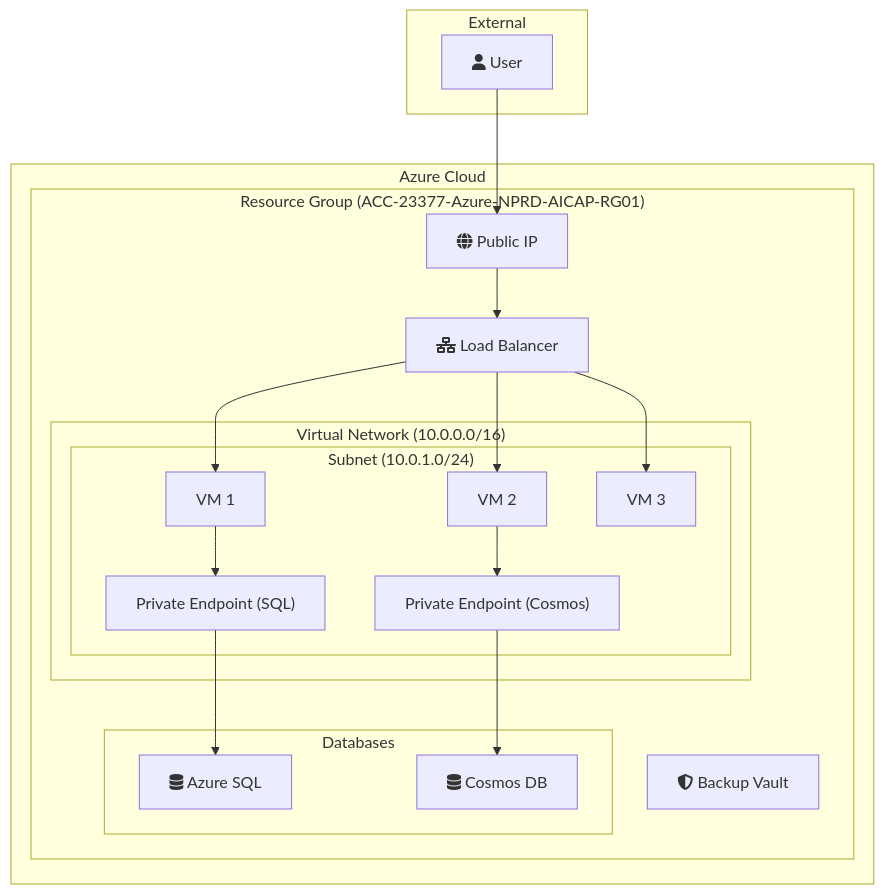
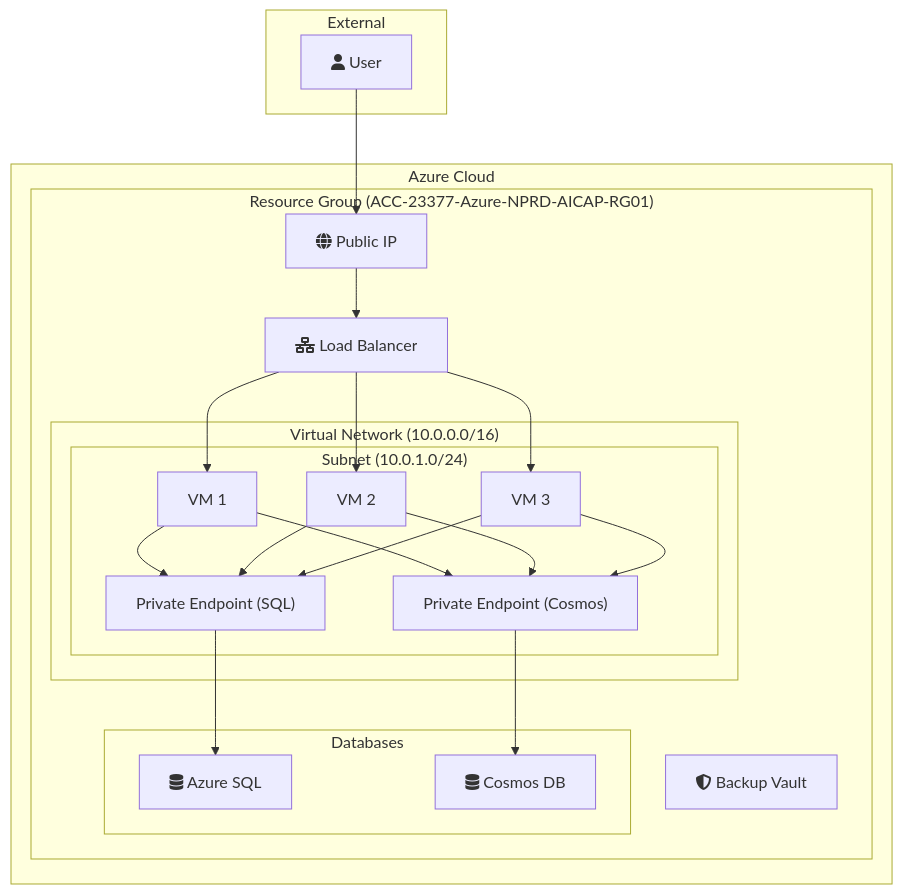
Before and after one commit to shekhar1414/Azure_Project: the diagram in README.md, drawn with Mermaid. The commit also changed other lines of this file, not shown here.

Commit message:
docs: Update diagram to show all VM to DB connections

````diff
--- a/README.md
+++ b/README.md
@@ -44,42 +44,47 @@
 ```mermaid
 graph TD
     subgraph "Azure Cloud"
         subgraph "Resource Group (ACC-23377-Azure-NPRD-AICAP-RG01)"
             subgraph "Virtual Network (10.0.0.0/16)"
                 subgraph "Subnet (10.0.1.0/24)"
                     VM1["VM 1"];
                     VM2["VM 2"];
                     VM3["VM 3"];
                     SQL_PE["Private Endpoint (SQL)"];
                     COSMOS_PE["Private Endpoint (Cosmos)"];
                 end
             end
 
             subgraph "Databases"
                 SQL_DB[fa:fa-database Azure SQL];
                 COSMOS_DB[fa:fa-database Cosmos DB];
             end
 
             LB[fa:fa-network-wired Load Balancer];
             PIP[fa:fa-globe Public IP];
             BACKUP[fa:fa-shield-alt Backup Vault];
 
             PIP --> LB;
             LB --> VM1;
             LB --> VM2;
             LB --> VM3;
 
             VM1 --> SQL_PE;
+            VM2 --> SQL_PE;
+            VM3 --> SQL_PE;
+
+            VM1 --> COSMOS_PE;
             VM2 --> COSMOS_PE;
+            VM3 --> COSMOS_PE;
             
             SQL_PE --> SQL_DB;
             COSMOS_PE --> COSMOS_DB;
         end
     end
 
     subgraph "External"
         USER[fa:fa-user User];
     end
 
     USER --> PIP;
 ```
````
